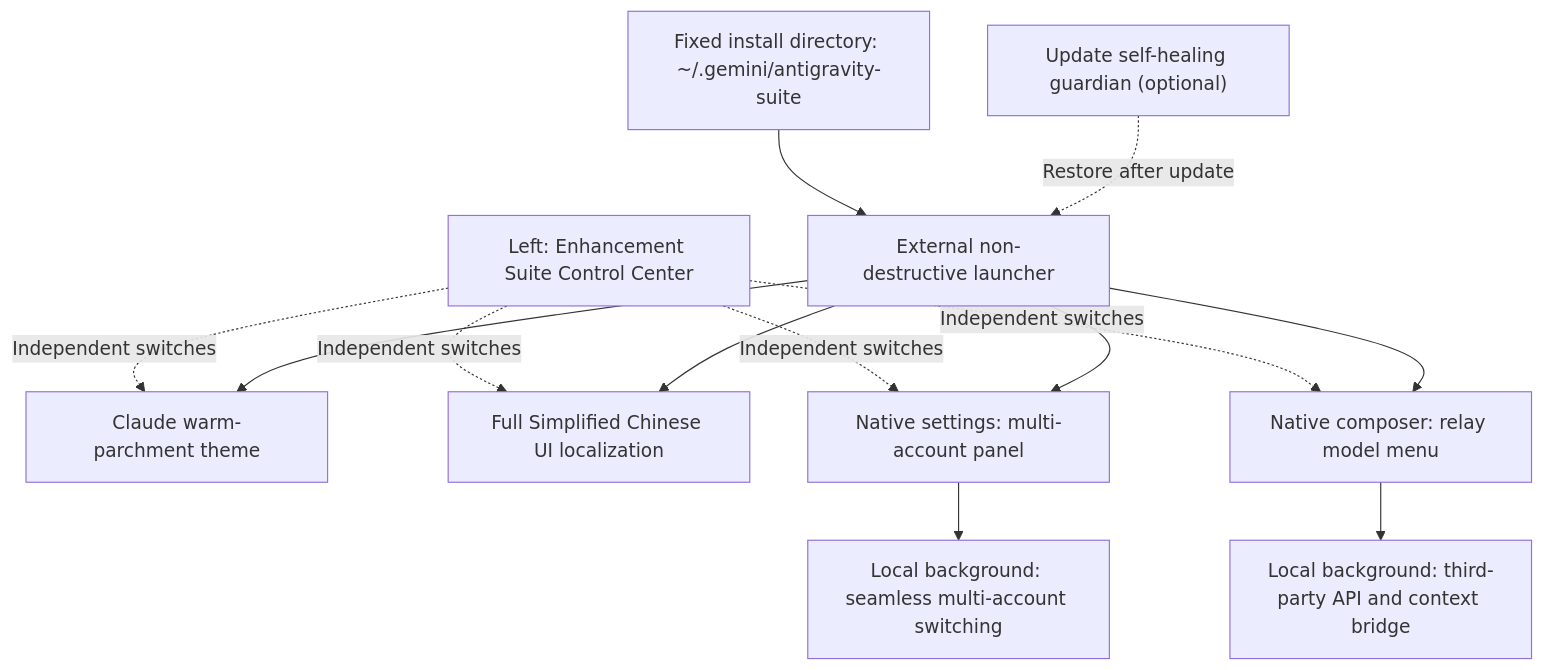
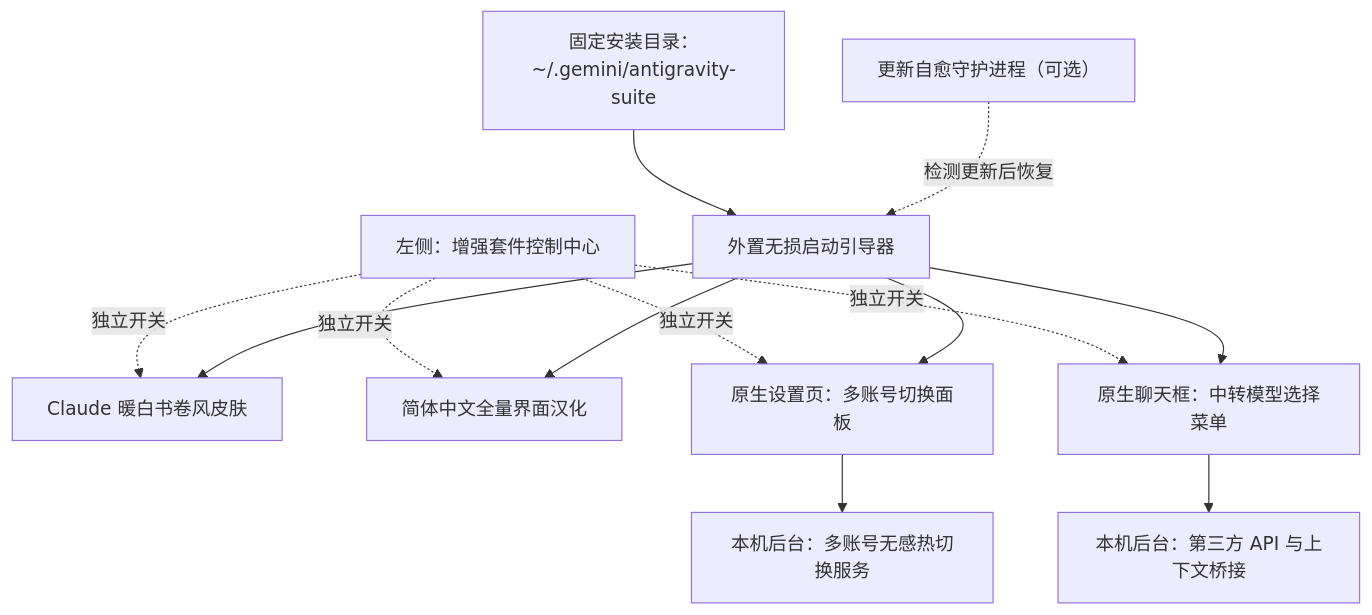
One commit to Chenxuan-Xie/antigravity-enhancement-suite changed the diagram in README.md. Above: the diagram before and after it, drawn with Mermaid. The commit also changed other lines of this file and 2 other files, not shown here.

First line of the commit message:
docs: make Chinese the default README

````diff
--- a/README.md
+++ b/README.md
@@ -142,17 +142,17 @@
 ```mermaid
 flowchart TD
-    Runtime["Fixed install directory: ~/.gemini/antigravity-suite"] --> Boot["External non-destructive launcher"]
-    Guardian["Update self-healing guardian (optional)"] -. "Restore after update" .-> Boot
-    Control["Left: Enhancement Suite Control Center"] -. "Independent switches" .-> Skin
-    Control -. "Independent switches" .-> I18n
-    Control -. "Independent switches" .-> AccUI
-    Control -. "Independent switches" .-> ChatUI
+    Runtime["固定安装目录：~/.gemini/antigravity-suite"] --> Boot["外置无损启动引导器"]
+    Guardian["更新自愈守护进程（可选）"] -. "检测更新后恢复" .-> Boot
+    Control["左侧：增强套件控制中心"] -. "独立开关" .-> Skin
+    Control -. "独立开关" .-> I18n
+    Control -. "独立开关" .-> AccUI
+    Control -. "独立开关" .-> ChatUI
 
-    Boot --> Skin["Claude warm-parchment theme"]
-    Boot --> I18n["Full Simplified Chinese UI localization"]
-    Boot --> AccUI["Native settings: multi-account panel"]
-    Boot --> ChatUI["Native composer: relay model menu"]
+    Boot --> Skin["Claude 暖白书卷风皮肤"]
+    Boot --> I18n["简体中文全量界面汉化"]
+    Boot --> AccUI["原生设置页：多账号切换面板"]
+    Boot --> ChatUI["原生聊天框：中转模型选择菜单"]
 
-    AccUI --> AccCore["Local background: seamless multi-account switching"]
-    ChatUI --> ModelCore["Local background: third-party API and context bridge"]
+    AccUI --> AccCore["本机后台：多账号无感热切换服务"]
+    ChatUI --> ModelCore["本机后台：第三方 API 与上下文桥接"]
 ```
````
